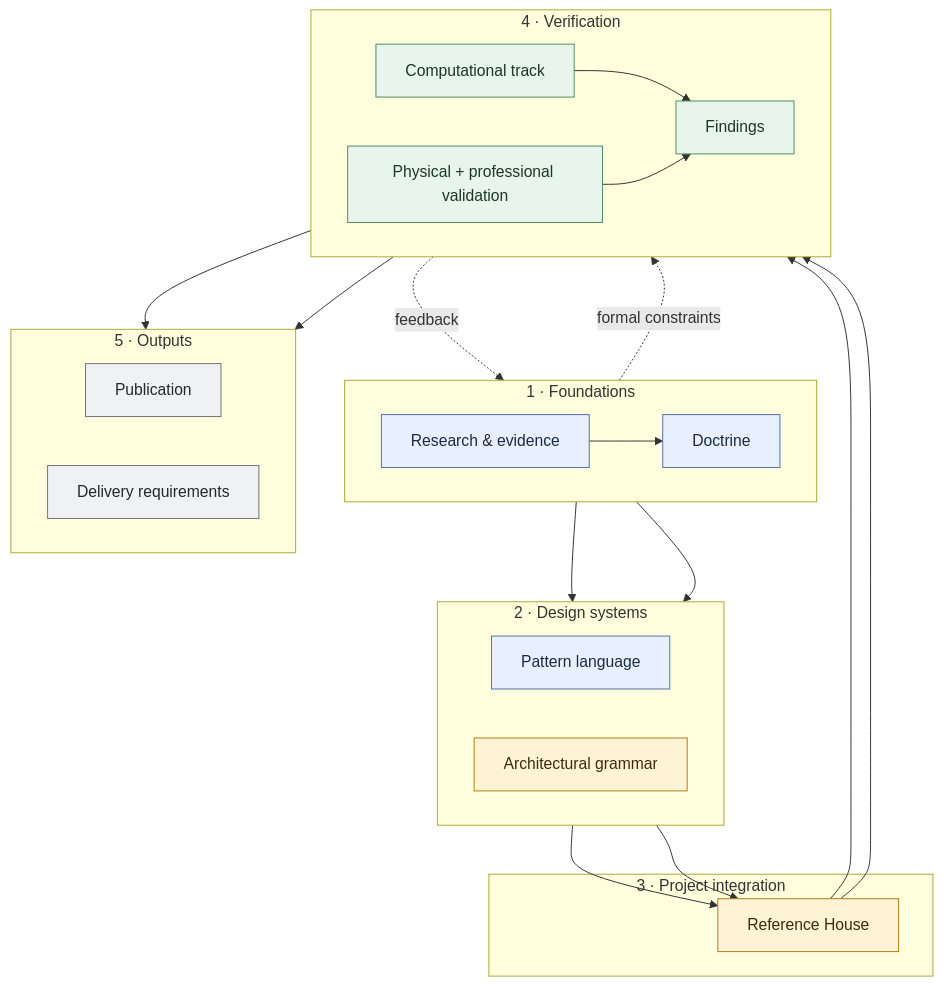
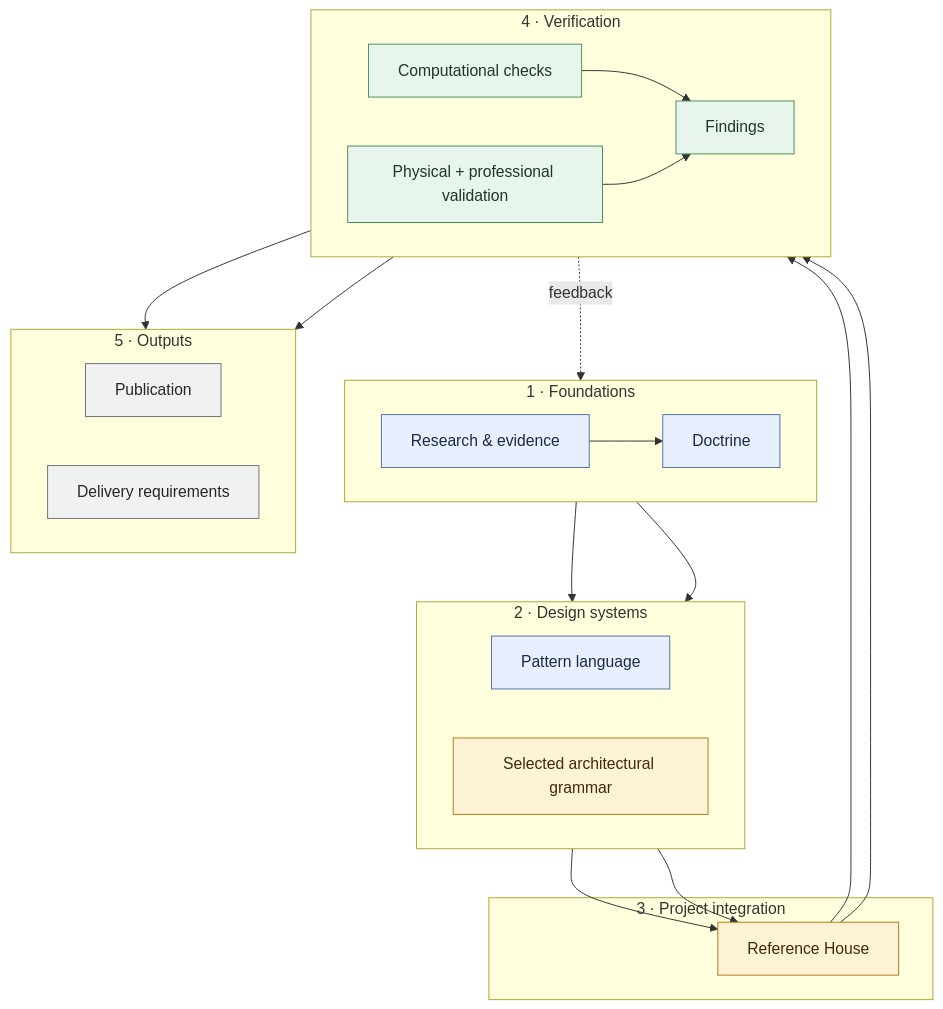
Before and after one commit to adamnoden/architecture: the diagram in README.md, drawn with Mermaid. The commit also changed other lines of this file, not shown here.

````diff
--- a/README.md
+++ b/README.md
@@ -13,52 +13,51 @@
 ```mermaid
 flowchart TB
     subgraph S1["1 · Foundations"]
         direction LR
         E["Research & evidence"] --> D["Doctrine"]
     end
 
     subgraph S2["2 · Design systems"]
         direction LR
         P["Pattern language"]
-        G["Architectural grammar"]
+        G["Selected architectural grammar"]
     end
 
     subgraph S3["3 · Project integration"]
         RH["Reference House"]
     end
 
     subgraph S4["4 · Verification"]
         direction LR
-        C["Computational track"] --> F["Findings"]
+        C["Computational checks"] --> F["Findings"]
         V["Physical + professional validation"] --> F
     end
 
     subgraph S5["5 · Outputs"]
         direction LR
         PUB["Publication"]
         DEL["Delivery requirements"]
     end
 
     D --> P
     E --> G
     P --> RH
     G --> RH
 
-    D -. "formal constraints" .-> C
     RH --> C
     RH --> V
 
     F -. "feedback" .-> E
     F --> PUB
     F --> DEL
 
     classDef hsa fill:#E8F0FF,stroke:#5271A8,color:#1B2A41
     classDef project fill:#FFF3D6,stroke:#B57A14,color:#3D2B0B
     classDef validation fill:#E8F5EC,stroke:#4E8B60,color:#1D3625
     classDef output fill:#F0F1F3,stroke:#71717A,color:#27272A
 
     class E,D,P hsa
     class G,RH project
     class C,V,F validation
     class PUB,DEL output
 ```
````
